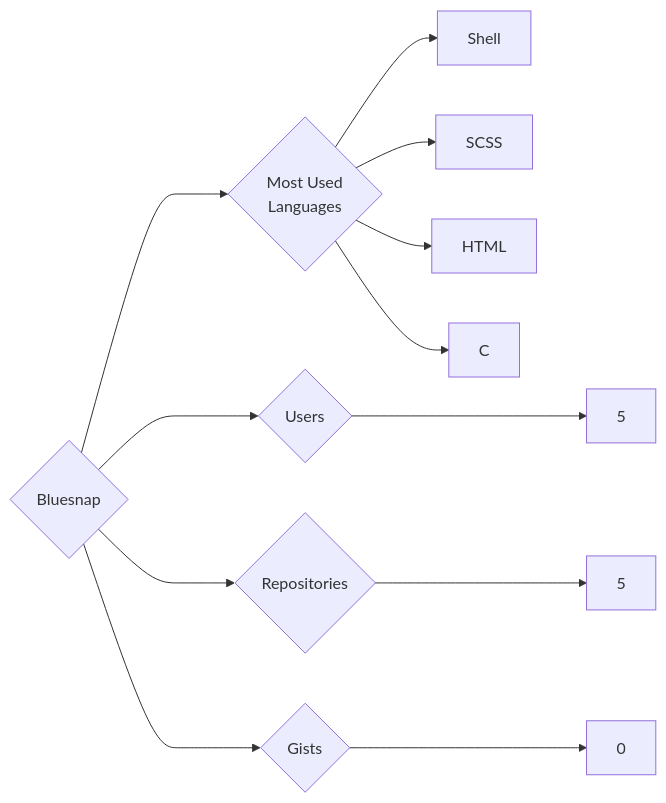
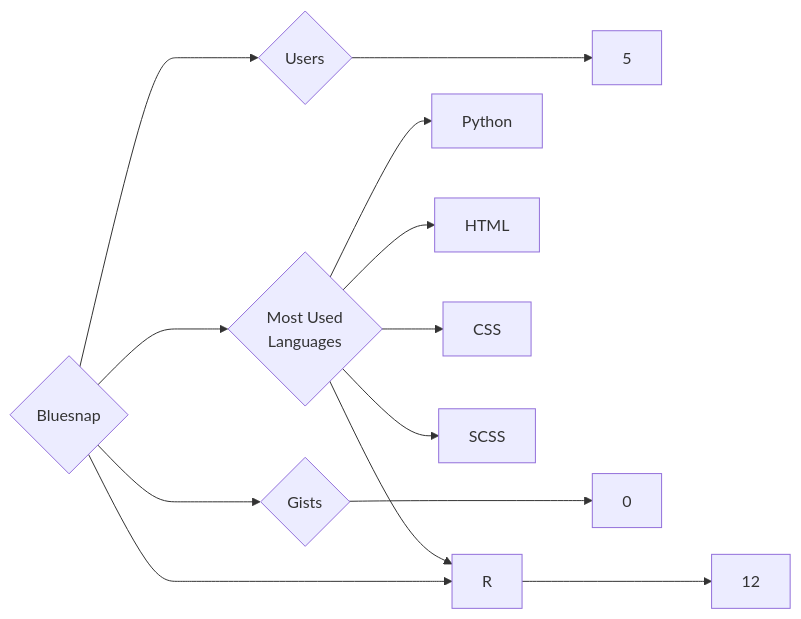
The diagram in targets/Bluesnap/README.md (trickest/insiders), drawn with Mermaid before and after one commit. The commit also changed 934 other files, not shown here.

````diff
--- a/targets/Bluesnap/README.md
+++ b/targets/Bluesnap/README.md
@@ -3,12 +3,13 @@
 ```mermaid
 graph LR
 COMPANY_NAME{Bluesnap}
 COMPANY_NAME ---> U{Users} ---> UN[5]
-COMPANY_NAME ---> R{Repositories} ---> RN[5]
+COMPANY_NAME ---> R{Repositories} ---> RN[12]
 COMPANY_NAME ---> G{Gists} ---> GN[0]
 COMPANY_NAME ---> ML{Most Used<br>Languages}
-ML --> Shell[Shell]
+ML --> Python[Python]
+ML --> HTML[HTML]
+ML --> CSS[CSS]
 ML --> SCSS[SCSS]
-ML --> HTML[HTML]
-ML --> C[C]
+ML --> R[R]
 ```
````
